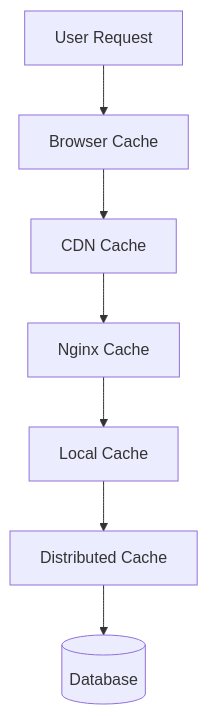
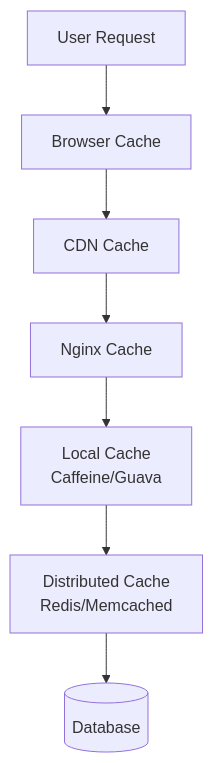
The fifth of 8 diagrams in articles/en/high-concurrency-system-architecture-guide.mdx (zhangshichuan/maxzhang.site), drawn with Mermaid before and after one commit. The commit also changed other lines of this file and 1 other file, not shown here.

Commit message:
docs:  重写 high-concurrency-system-architecture-guide

````diff
--- a/articles/en/high-concurrency-system-architecture-guide.mdx
+++ b/articles/en/high-concurrency-system-architecture-guide.mdx
@@ -695,9 +1234,9 @@
 ```mermaid
 flowchart TD
     User[User Request] --> Browser[Browser Cache]
     Browser --> CDN[CDN Cache]
     CDN --> Nginx[Nginx Cache]
-    Nginx --> Local[Local Cache]
-    Local --> Redis[Distributed Cache]
+    Nginx --> Local[Local Cache<br/>Caffeine/Guava]
+    Local --> Redis[Distributed Cache<br/>Redis/Memcached]
     Redis --> DB[(Database)]
 ```
````
